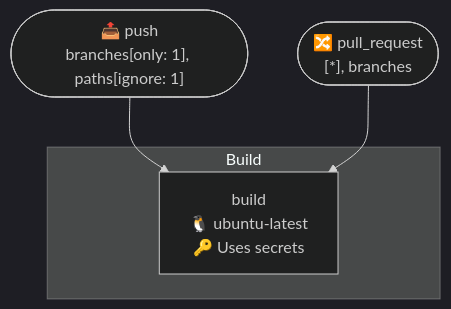
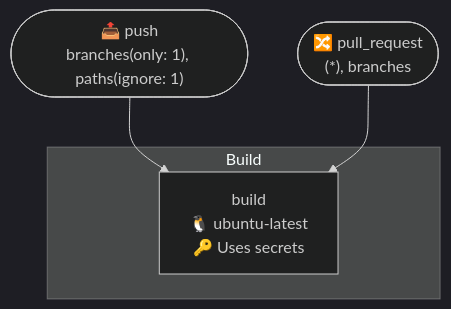
The third of 11 diagrams in .github/typeflows.md (http4k/http4k), drawn with Mermaid (dark theme) before and after one commit. The commit also changed other lines of this file and 10 other files, not shown here.

Commit message:
Updates to workflow diagrams, libs

````diff
--- a/.github/typeflows.md
+++ b/.github/typeflows.md
@@ -60,11 +82,11 @@
 ```mermaid
 %%{init: {"flowchart": {"curve": "basis"}}}%%
 flowchart TD
-    push(["📤 push<br/>branches#91;only: 1#93;, paths#91;ignore: 1#93;"])
-    pull_request(["🔀 pull_request<br/>#91;*#93;, branches"])
+    push(["📤 push<br/>branches(only: 1), paths(ignore: 1)"])
+    pullrequest(["🔀 pull_request<br/>(*), branches"])
     subgraph build["Build"]
         build_build["build<br/>🐧 ubuntu-latest<br/>🔑 Uses secrets"]
     end
     push --> build_build
-    pull_request --> build_build
+    pullrequest --> build_build
 ```
````
